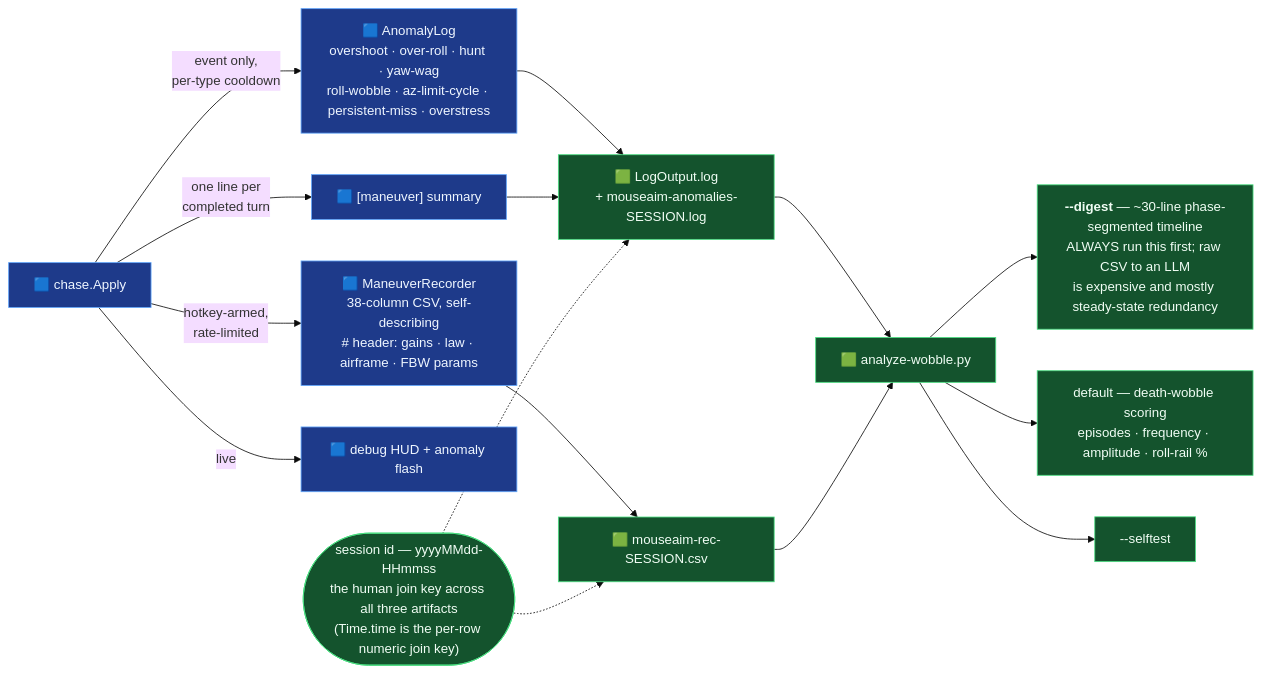
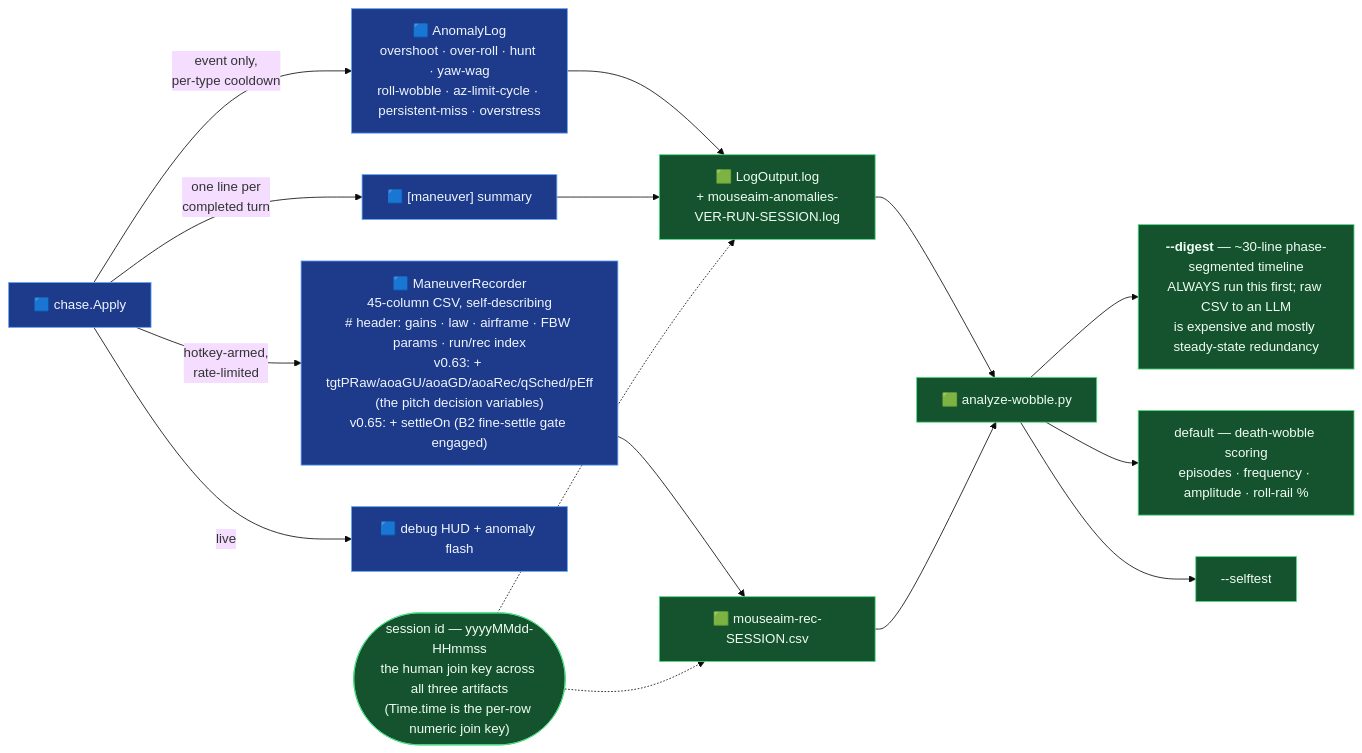
One commit to cosistra/wt-mouse-aim changed the sixth of 7 diagrams in ARCHITECTURE.md. Above: the diagram before and after it, drawn with Mermaid (base theme). The commit also changed other lines of this file and 22 other files, not shown here.

````diff
--- a/ARCHITECTURE.md
+++ b/ARCHITECTURE.md
@@ -357,28 +380,28 @@
 ```mermaid
 flowchart LR
     chase["🟦 chase.Apply"]
 
     chase -->|"event only,<br/>per-type cooldown"| an["🟦 AnomalyLog<br/>overshoot · over-roll · hunt · yaw-wag<br/>roll-wobble · az-limit-cycle · persistent-miss · overstress"]
     chase -->|"one line per<br/>completed turn"| mv["🟦 [maneuver] summary"]
-    chase -->|"hotkey-armed,<br/>rate-limited"| rec["🟦 ManeuverRecorder<br/>38-column CSV, self-describing<br/># header: gains · law · airframe · FBW params"]
+    chase -->|"hotkey-armed,<br/>rate-limited"| rec["🟦 ManeuverRecorder<br/>45-column CSV, self-describing<br/># header: gains · law · airframe · FBW params · run/rec index<br/>v0.63: + tgtPRaw/aoaGU/aoaGD/aoaRec/qSched/pEff<br/>(the pitch decision variables)<br/>v0.65: + settleOn (B2 fine-settle gate engaged)"]
     chase -->|"live"| hud["🟦 debug HUD + anomaly flash"]
 
-    an --> logf["🟩 LogOutput.log<br/>+ mouseaim-anomalies-SESSION.log"]
+    an --> logf["🟩 LogOutput.log<br/>+ mouseaim-anomalies-VER-RUN-SESSION.log"]
     mv --> logf
     rec --> csvf["🟩 mouseaim-rec-SESSION.csv"]
 
     logf --> tool["🟩 analyze-wobble.py"]
     csvf --> tool
     tool --> d1["<b>--digest</b> — ~30-line phase-segmented timeline<br/>ALWAYS run this first; raw CSV to an LLM<br/>is expensive and mostly steady-state redundancy"]
     tool --> d2["default — death-wobble scoring<br/>episodes · frequency · amplitude · roll-rail %"]
     tool --> d3["--selftest"]
 
     sess(["session id — yyyyMMdd-HHmmss<br/>the human join key across all three artifacts<br/>(Time.time is the per-row numeric join key)"])
     sess -.-> logf
     sess -.-> csvf
 
     classDef mod fill:#1e3a8a,stroke:#60a5fa,color:#eff6ff
     classDef art fill:#14532d,stroke:#4ade80,color:#f0fdf4
     class chase,an,mv,rec,hud mod
     class logf,csvf,tool,d1,d2,d3,sess art
 ```
````
